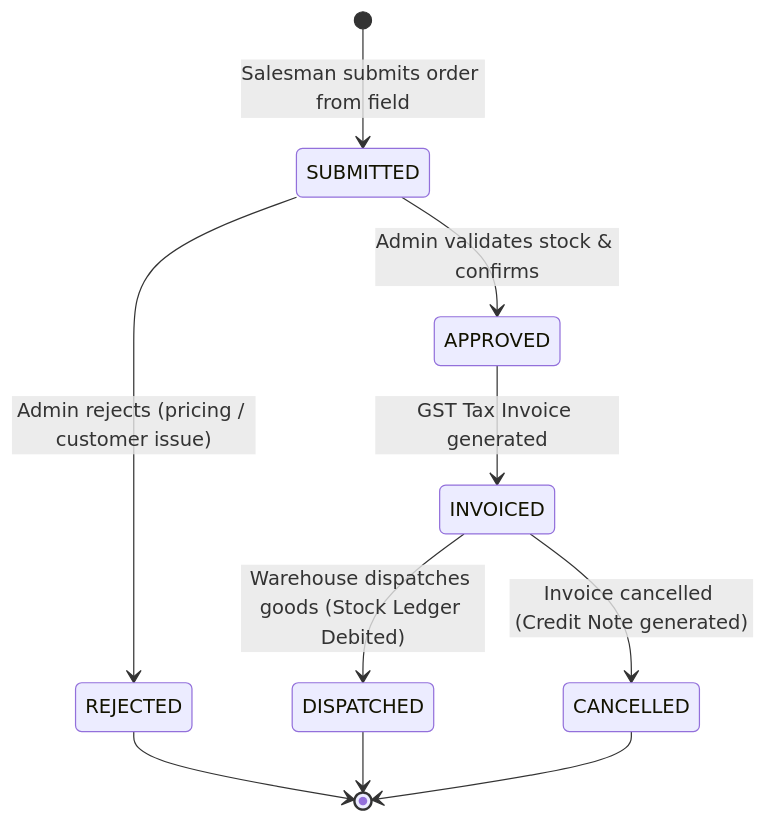
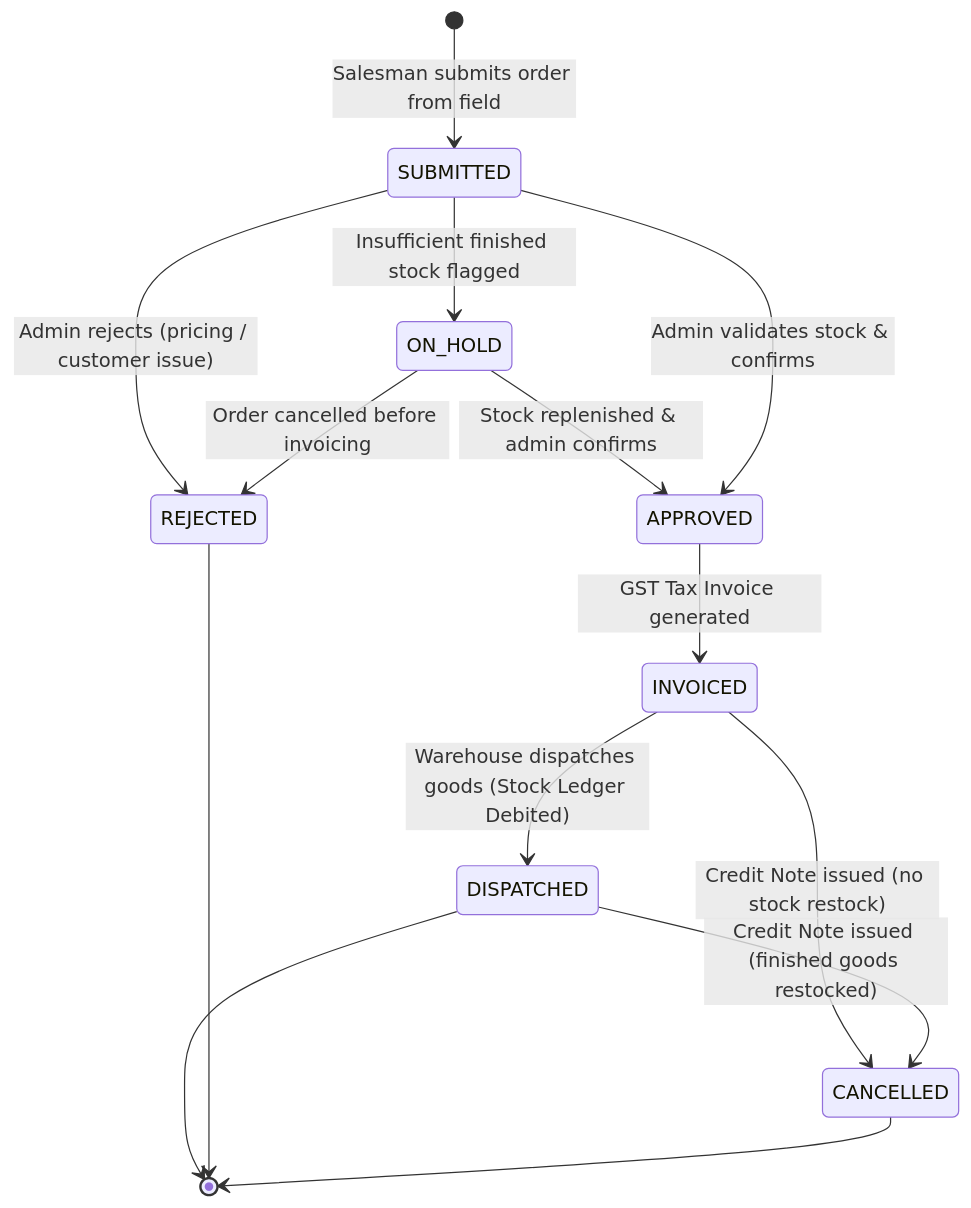
The seventh of 8 diagrams in docs/DESIGN.md (RohithRV2006/Nittin), drawn with Mermaid before and after one commit. The commit also changed other lines of this file and 9 other files, not shown here.

Commit message:
docs: add comprehensive system architecture and business logic documentation

````diff
--- a/docs/DESIGN.md
+++ b/docs/DESIGN.md
@@ -320,12 +334,16 @@
 ```mermaid
 stateDiagram-v2
     [*] --> SUBMITTED : Salesman submits order from field
     SUBMITTED --> REJECTED : Admin rejects (pricing / customer issue)
+    SUBMITTED --> ON_HOLD : Insufficient finished stock flagged
+    ON_HOLD --> APPROVED : Stock replenished & admin confirms
+    ON_HOLD --> REJECTED : Order cancelled before invoicing
     SUBMITTED --> APPROVED : Admin validates stock & confirms
     APPROVED --> INVOICED : GST Tax Invoice generated
     INVOICED --> DISPATCHED : Warehouse dispatches goods (Stock Ledger Debited)
-    INVOICED --> CANCELLED : Invoice cancelled (Credit Note generated)
+    INVOICED --> CANCELLED : Credit Note issued (no stock restock)
+    DISPATCHED --> CANCELLED : Credit Note issued (finished goods restocked)
     DISPATCHED --> [*]
     REJECTED --> [*]
     CANCELLED --> [*]
 ```
````
